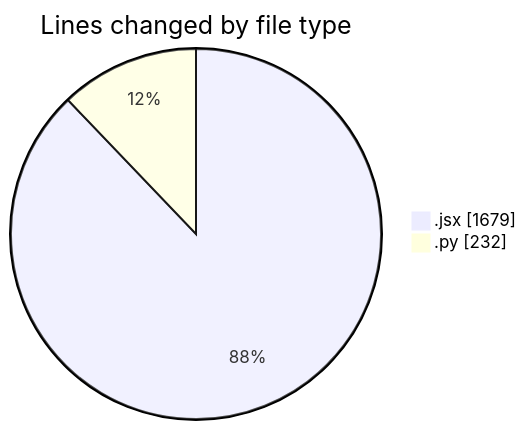
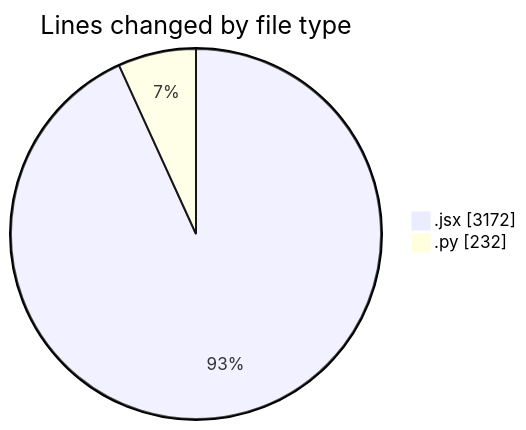
Before and after one commit to nxtqubesakshisongat/code-tracking: the first of 2 diagrams in 2025-05-20/nxtqube_webapp/README.md, drawn with Mermaid. The commit also changed other lines of this file and 1 other file, not shown here.

````diff
--- a/2025-05-20/nxtqube_webapp/README.md
+++ b/2025-05-20/nxtqube_webapp/README.md
@@ -22,6 +23,6 @@
 ```mermaid
 pie showData
 title Lines changed by file type
-".jsx" : 1679
+".jsx" : 3172
 ".py" : 232
 ```
````
